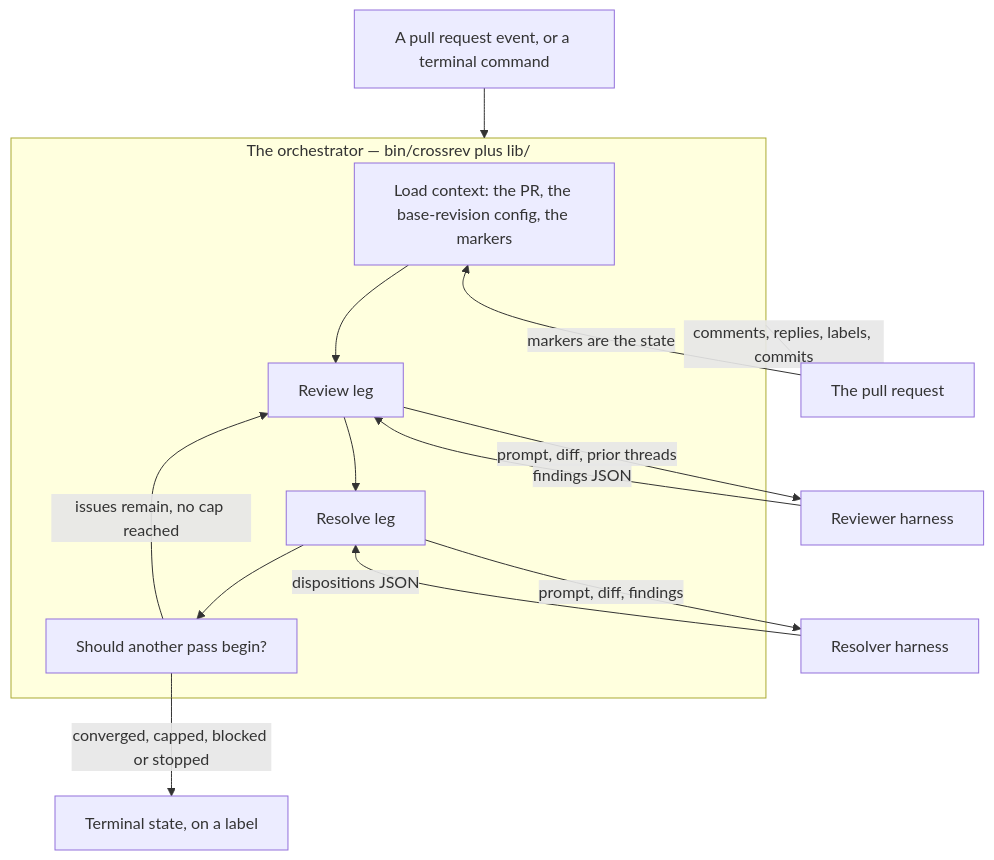
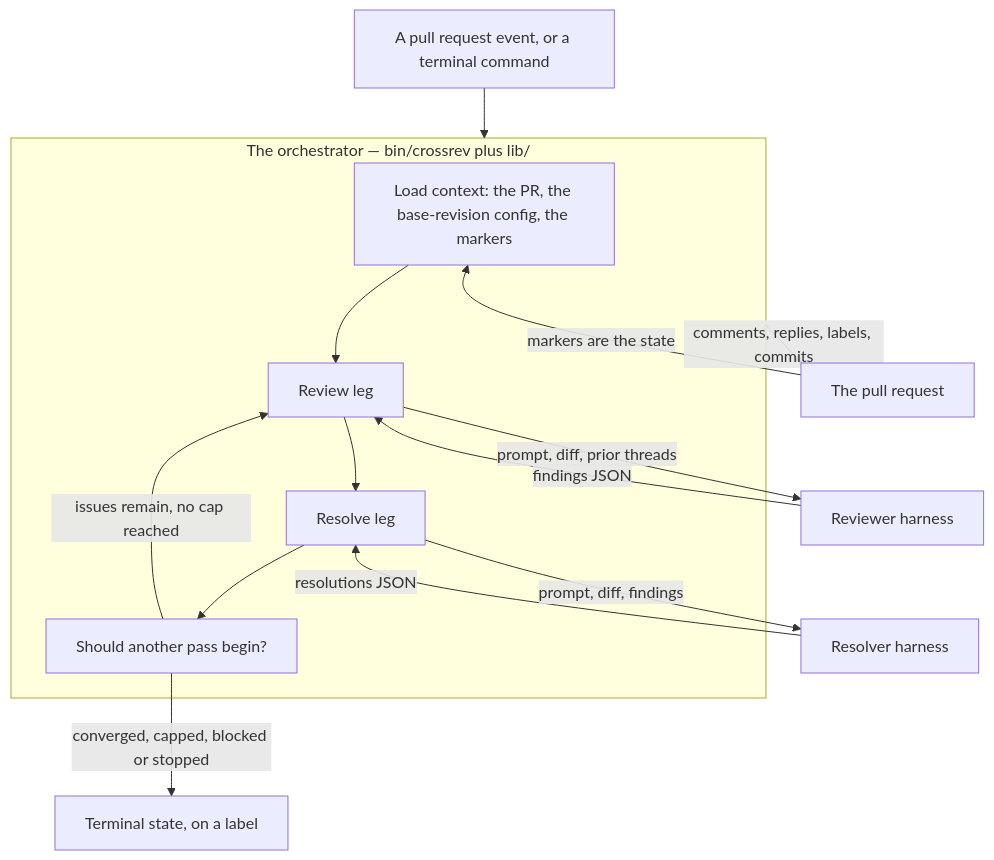
The diagram in docs/architecture.md (carlosboeing/crossrev), drawn with Mermaid before and after one commit. The commit also changed other lines of this file and 28 other files, not shown here.

````diff
--- a/docs/architecture.md
+++ b/docs/architecture.md
@@ -11,23 +11,23 @@
 ```mermaid
 flowchart TD
     trigger["A pull request event, or a terminal command"] --> orch
 
     subgraph orch["The orchestrator — bin/crossrev plus lib/"]
         ctx["Load context: the PR, the base-revision config, the markers"]
         review["Review leg"]
         resolve["Resolve leg"]
         term["Should another pass begin?"]
         ctx --> review --> resolve --> term
         term -->|"issues remain, no cap reached"| review
     end
 
     review -->|"prompt, diff, prior threads"| ra["Reviewer harness"]
     resolve -->|"prompt, diff, findings"| sa["Resolver harness"]
     ra -->|"findings JSON"| review
-    sa -->|"dispositions JSON"| resolve
+    sa -->|"resolutions JSON"| resolve
 
     orch -->|"comments, replies, labels, commits"| gh["The pull request"]
     gh -->|"markers are the state"| ctx
 
     term -->|"converged, capped, blocked or stopped"| done["Terminal state, on a label"]
 ```
````
